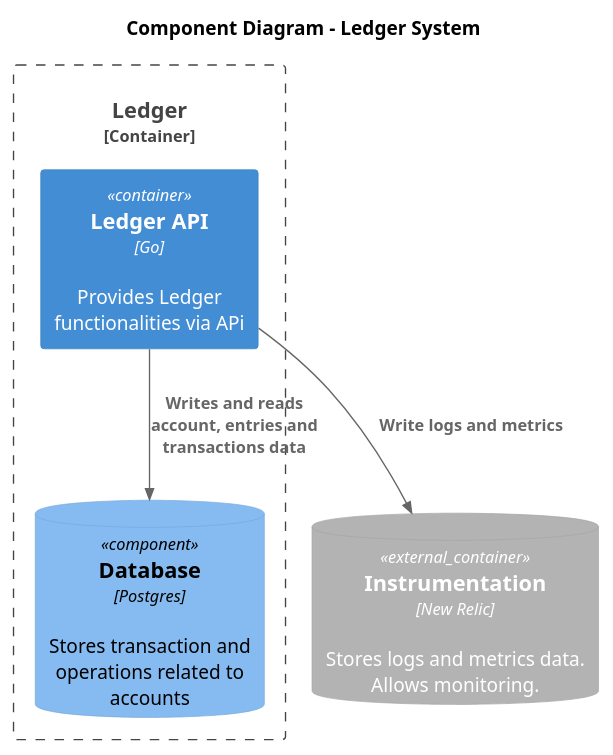
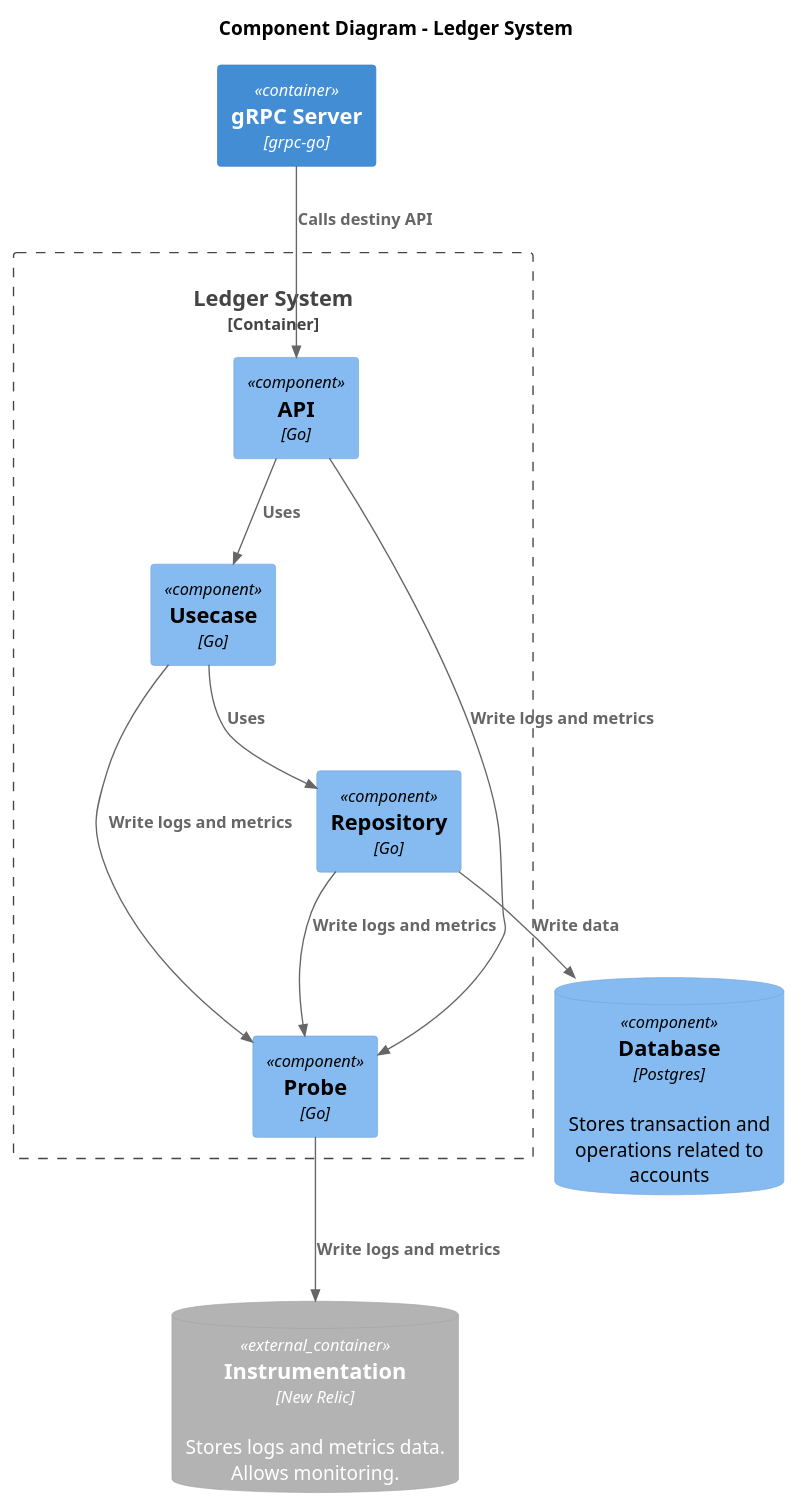
The diagram in docs/c4model/level_3_components/level_3_component_diagram.puml (stone-co/the-amazing-ledger), drawn with PlantUML before and after one commit. The commit also changed 9 other files, not shown here.

Commit message:
fix: updating the C4 models diagrams to how the architechiture is today

```diff
--- a/docs/c4model/level_3_components/level_3_component_diagram.puml
+++ b/docs/c4model/level_3_components/level_3_component_diagram.puml
@@ -1,16 +1,29 @@
 @startuml Component Diagram - Level 03
 !include https://raw.githubusercontent.com/plantuml-stdlib/C4-PlantUML/master/C4_Component.puml
 
 title Component Diagram - Ledger System
 
-Container_Boundary(ledger, "Ledger") {
-    Container(ledger_api, "Ledger API", "Go", "Provides Ledger functionalities via APi")
-    ComponentDb(database, "Database", "Postgres", "Stores transaction and operations related to accounts")
+Container(grpc_server, "gRPC Server", "grpc-go")
+
+Container_Boundary(ledger, "Ledger System") {
+    Component(api, "API", "Go", "")
+    Component(usecase, "Usecase", "Go", "")
+    Component(repository, "Repository", "Go", "")
+    Component(probe, "Probe", "Go", "")
+
+    Rel(api, usecase, "Uses")
+    Rel(usecase, repository, "Uses")
+
+    Rel(api, probe, "Write logs and metrics")
+    Rel(usecase, probe, "Write logs and metrics")
+    Rel(repository, probe, "Write logs and metrics")
 }
 
+ComponentDb(database, "Database", "Postgres", "Stores transaction and operations related to accounts")
 ContainerDb_Ext(instrumentation, "Instrumentation", "New Relic", "Stores logs and metrics data. Allows monitoring.")
 
-Rel(ledger_api, database, "Writes and reads account, entries and transactions data")
-Rel(ledger_api, instrumentation, "Write logs and metrics")
+Rel(grpc_server, api, "Calls destiny API")
+Rel(probe, instrumentation, "Write logs and metrics")
+Rel(repository, database, "Write data")
 
 @enduml
```
